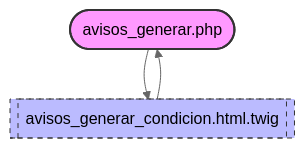
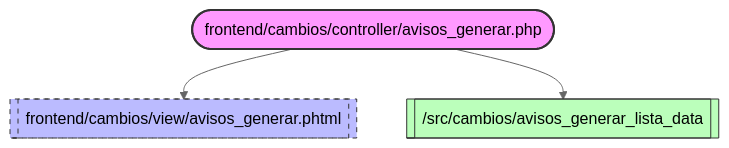
The diagram in documentacion/Documentacion_Obix/cambios/mapa_avisos_generar.md (olvidio/orbix), drawn with Mermaid (neutral theme) before and after one commit. The commit also changed other lines of this file and 71 other files, not shown here.

````diff
--- a/documentacion/Documentacion_Obix/cambios/mapa_avisos_generar.md
+++ b/documentacion/Documentacion_Obix/cambios/mapa_avisos_generar.md
@@ -1,11 +1,10 @@
 ```mermaid
 flowchart TD
     %% Estils de nodes
     classDef controller fill:#f9f,stroke:#333,stroke-width:2px;
     classDef vista fill:#bbf,stroke:#333,stroke-width:1px,stroke-dasharray: 5 5;
-    classDef error fill:#ff9999,stroke:#cc0000,stroke-width:2px;
+    classDef backend fill:#bfb,stroke:#333,stroke-width:1px;
 
-    apps_cambios_controller_avisos_generar_php(["avisos_generar.php"]):::controller --> apps_cambios_view_avisos_generar_condicion_html_twig[["avisos_generar_condicion.html.twig"]]:::vista
-    apps_cambios_view_avisos_generar_condicion_html_twig --> apps_cambios_controller_avisos_generar_php(["avisos_generar.php"]):::controller
-    %% DESTÍ NO RESOLT des de apps_cambios_view_avisos_generar_condicion_html_twig: {{ oHashCond }} [DESTÍ NO RESOLT]
+    frontend_cambios_controller_avisos_generar_php(["frontend/cambios/controller/avisos_generar.php"]):::controller --> frontend_cambios_view_avisos_generar_phtml[["frontend/cambios/view/avisos_generar.phtml"]]:::vista
+    frontend_cambios_controller_avisos_generar_php --> src_cambios_avisos_generar_lista_data[["/src/cambios/avisos_generar_lista_data"]]:::backend
 ```
````
